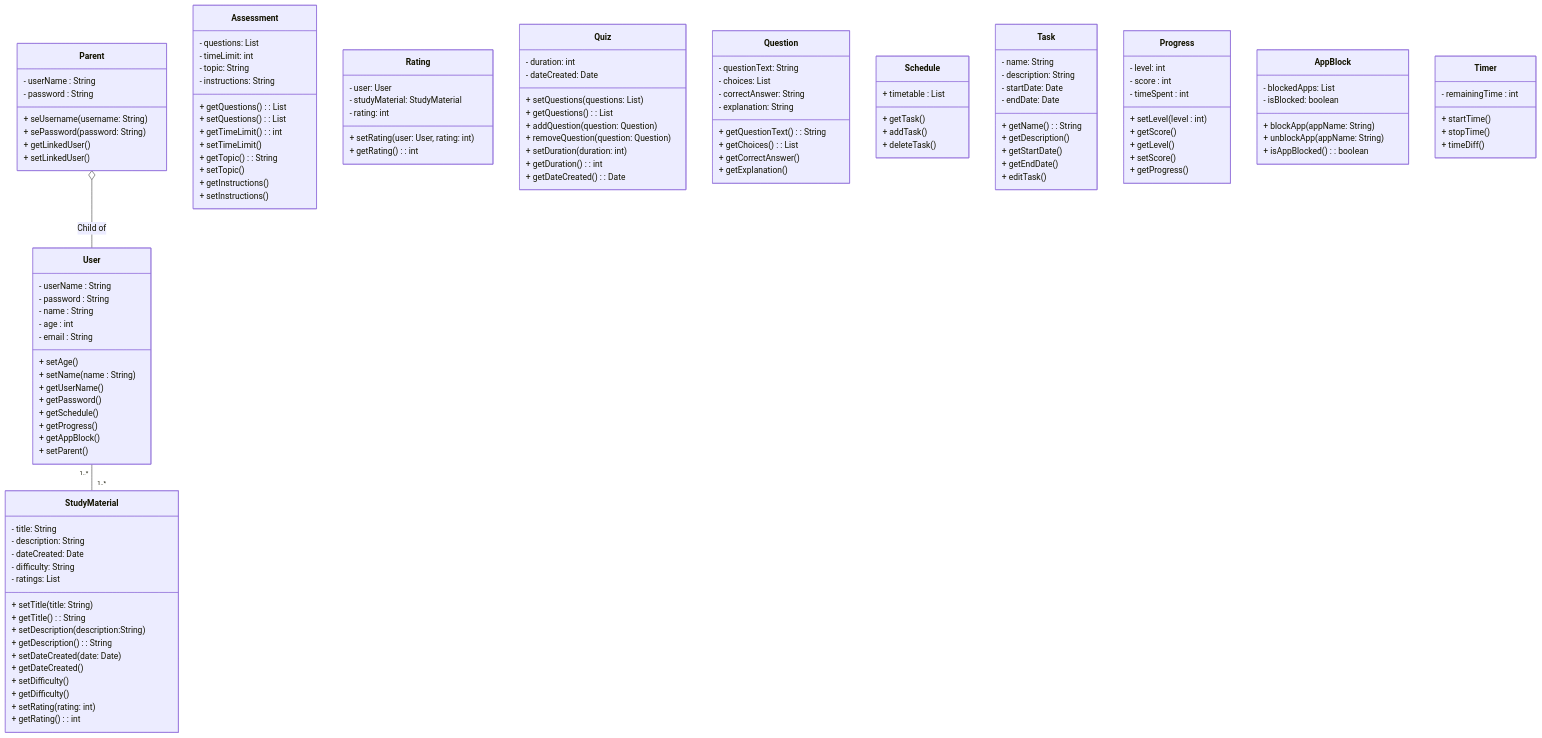
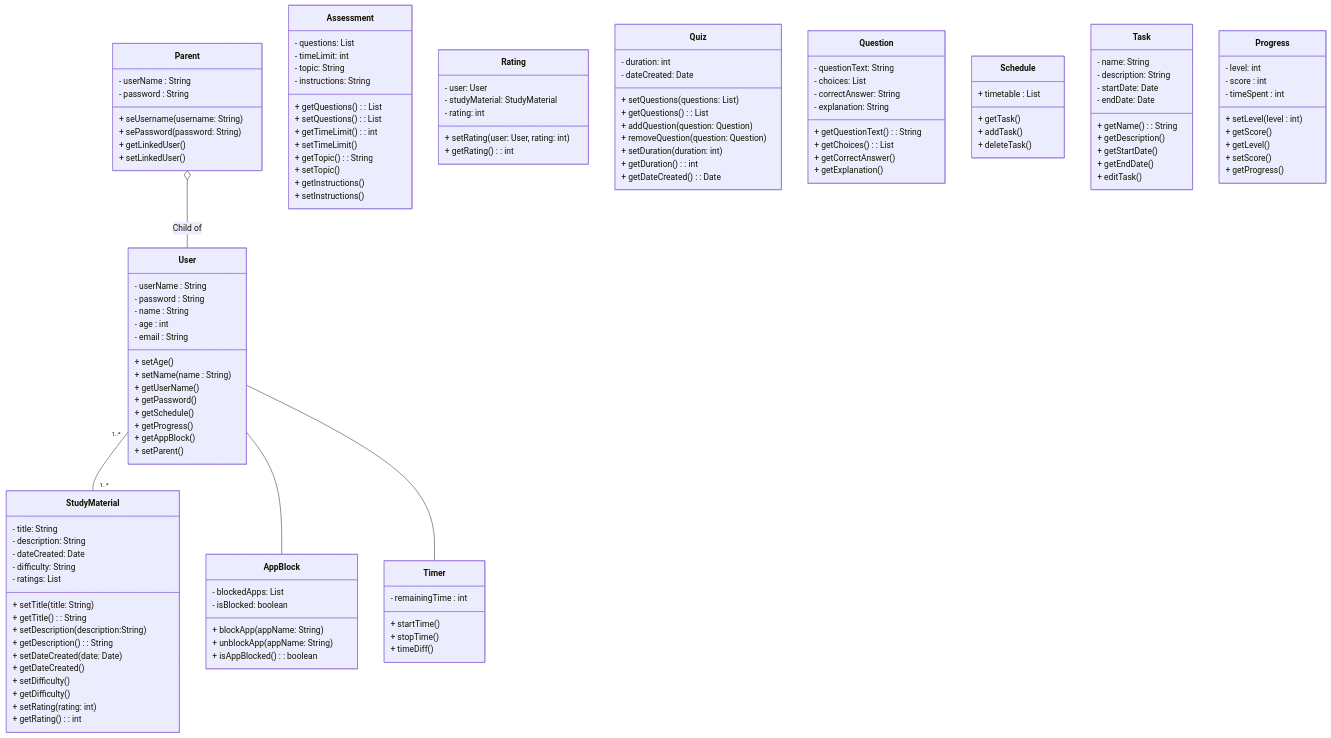
The diagram in UML.md (anony-hunter/test), drawn with Mermaid before and after one commit.

````diff
--- a/UML.md
+++ b/UML.md
@@ -159,4 +159,6 @@
 
 Parent o-- User: Child of
 User "1..*"--"1..*" StudyMaterial 
+User -- AppBlock
+User -- Timer
 ```
````
